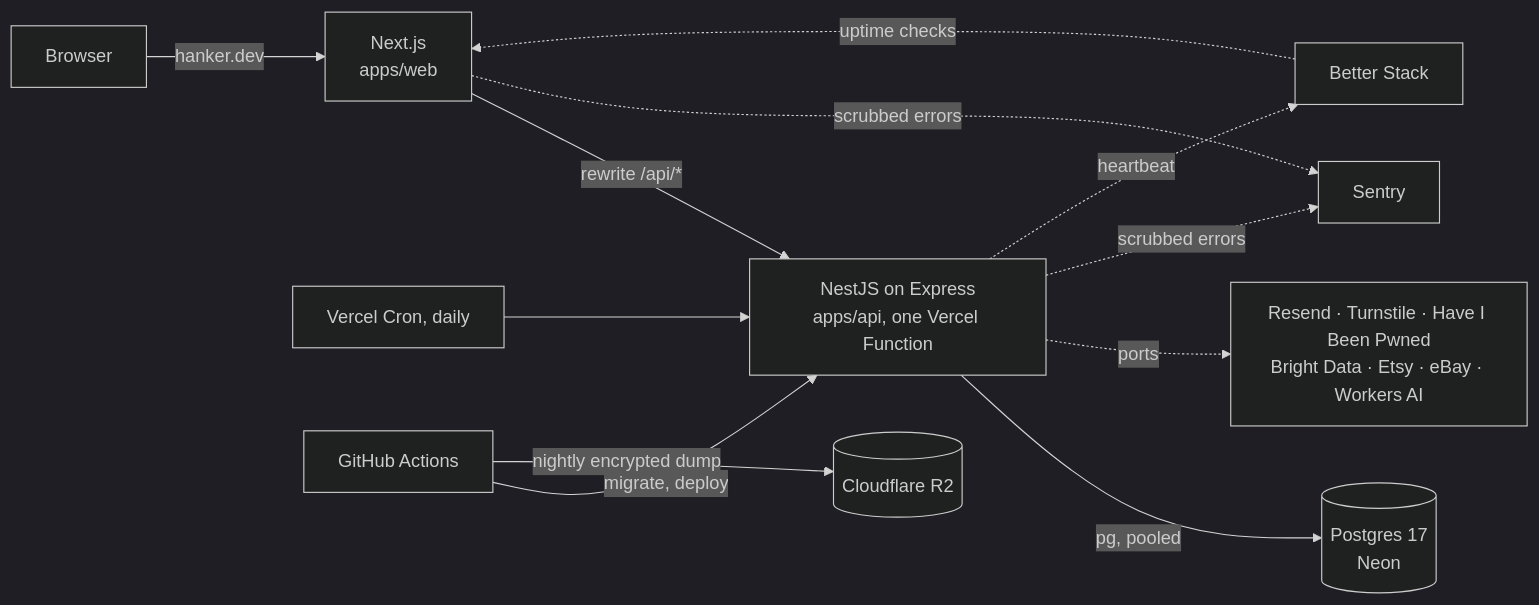
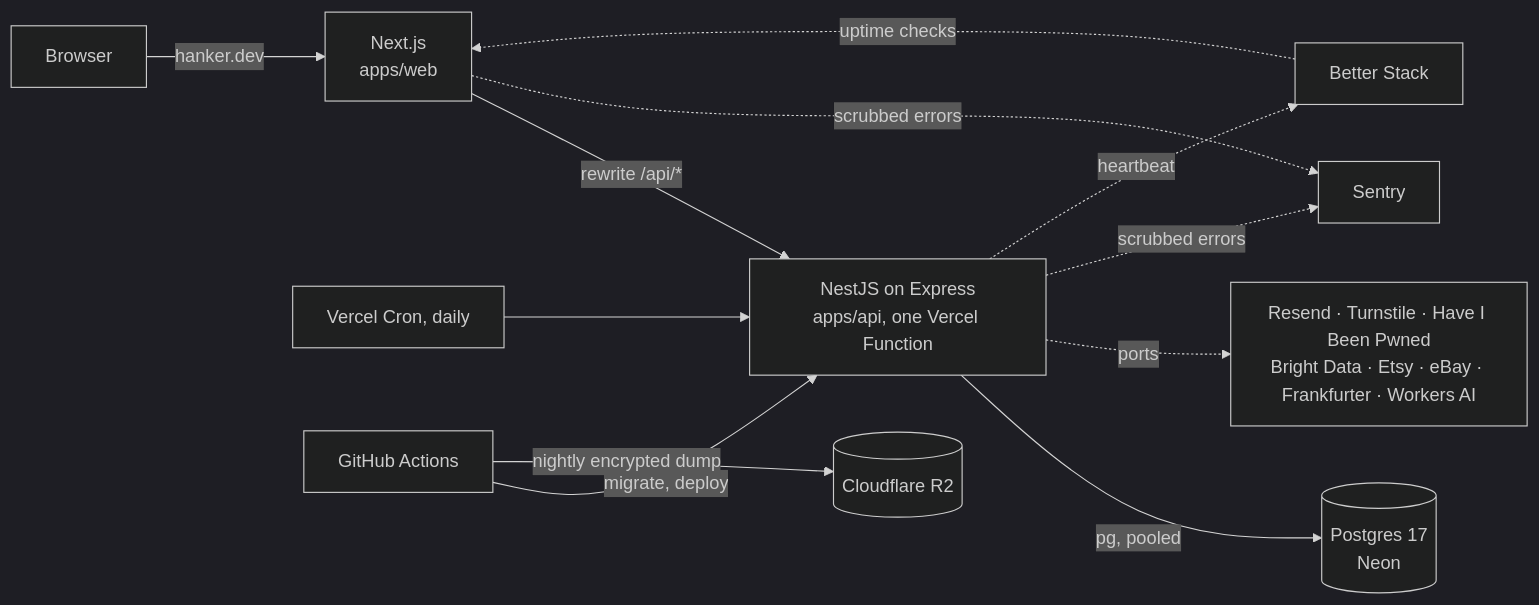
Before and after one commit to Shockolate/wishlist-app: the diagram in README.md, drawn with Mermaid (dark theme). The commit also changed other lines of this file and 3 other files, not shown here.

````diff
--- a/README.md
+++ b/README.md
@@ -31,13 +31,13 @@
 ```mermaid
 flowchart LR
   B[Browser] -->|hanker.dev| W["Next.js<br/>apps/web"]
   W -->|"rewrite /api/*"| A["NestJS on Express<br/>apps/api, one Vercel Function"]
   A -->|pg, pooled| D[("Postgres 17<br/>Neon")]
-  A -.->|ports| X["Resend · Turnstile · Have I Been Pwned<br/>Bright Data · Etsy · eBay · Workers AI"]
+  A -.->|ports| X["Resend · Turnstile · Have I Been Pwned<br/>Bright Data · Etsy · eBay · Frankfurter · Workers AI"]
   W & A -.->|scrubbed errors| S[Sentry]
   C[Vercel Cron, daily] --> A
   A -.->|heartbeat| U[Better Stack]
   U -.->|uptime checks| W
   G[GitHub Actions] -->|"migrate, deploy"| A
   G -->|"nightly encrypted dump"| R[("Cloudflare R2")]
 ```
````
